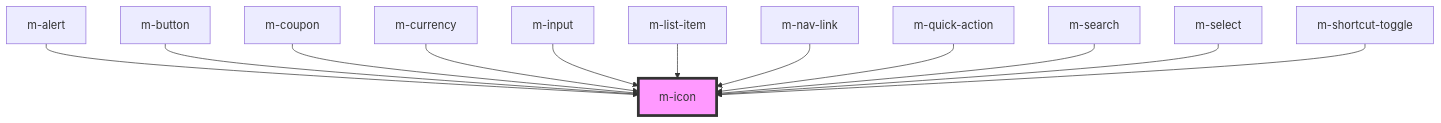
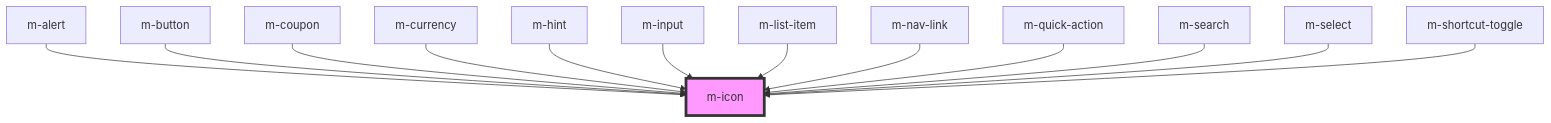
Before and after one commit to dynamic-framework/dynamic-ui: the diagram in design-system/src/components/m-icon/readme.md, drawn with Mermaid. The commit also changed other lines of this file and 9 other files, not shown here.

````diff
--- a/design-system/src/components/m-icon/readme.md
+++ b/design-system/src/components/m-icon/readme.md
@@ -36,15 +37,16 @@
 ```mermaid
 graph TD;
   m-alert --> m-icon
   m-button --> m-icon
   m-coupon --> m-icon
   m-currency --> m-icon
+  m-hint --> m-icon
   m-input --> m-icon
   m-list-item --> m-icon
   m-nav-link --> m-icon
   m-quick-action --> m-icon
   m-search --> m-icon
   m-select --> m-icon
   m-shortcut-toggle --> m-icon
   style m-icon fill:#f9f,stroke:#333,stroke-width:4px
 ```
````
